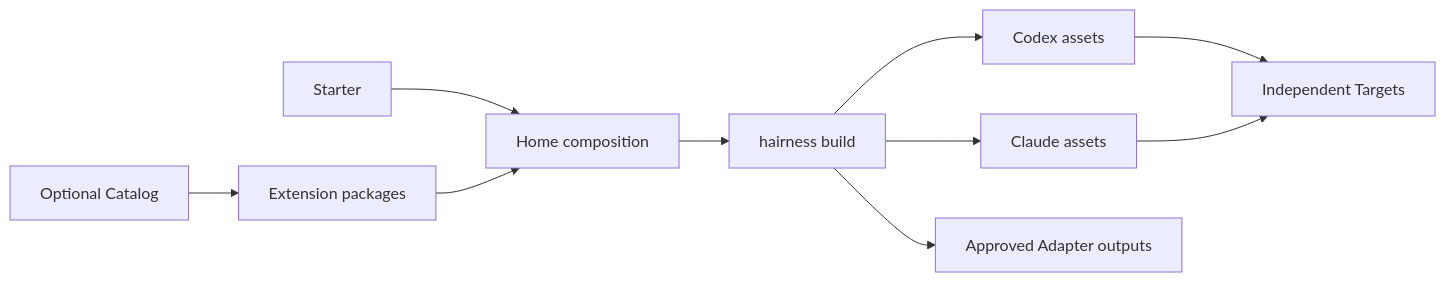
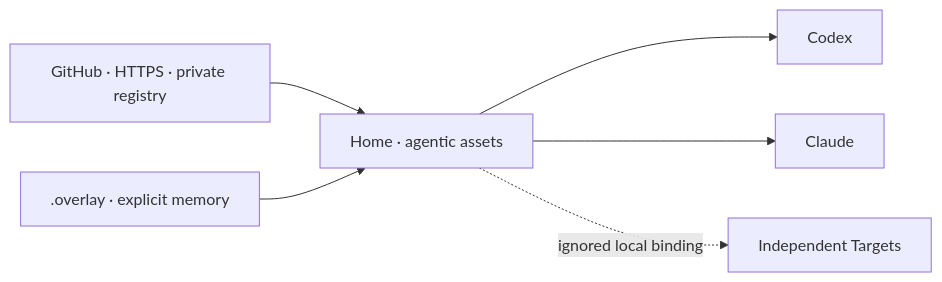
One commit to thevzion/hairness changed the diagram in README.md. Above: the diagram before and after it, drawn with Mermaid. The commit also changed other lines of this file and 65 other files, not shown here.

````diff
--- a/README.md
+++ b/README.md
@@ -122,12 +152,8 @@
 ```mermaid
 flowchart LR
-  starter["Starter"] --> home["Home composition"]
-  extension["Extension packages"] --> home
-  catalog["Optional Catalog"] --> extension
-  home --> build["hairness build"]
-  build --> codex["Codex assets"]
-  build --> claude["Claude assets"]
-  build --> adapter["Approved Adapter outputs"]
-  codex --> targets["Independent Targets"]
-  claude --> targets
+  registry["GitHub · HTTPS · private registry"] --> home["Home · agentic assets"]
+  home --> codex["Codex"]
+  home --> claude["Claude"]
+  home -. "ignored local binding" .-> targets["Independent Targets"]
+  overlay[".overlay · explicit memory"] --> home
 ```
````
